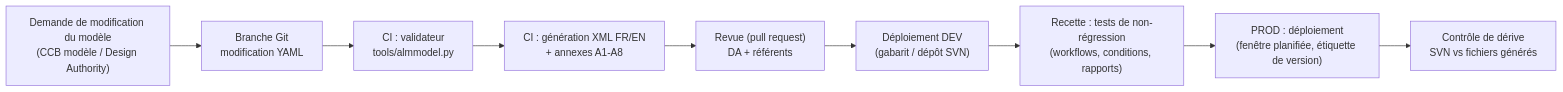
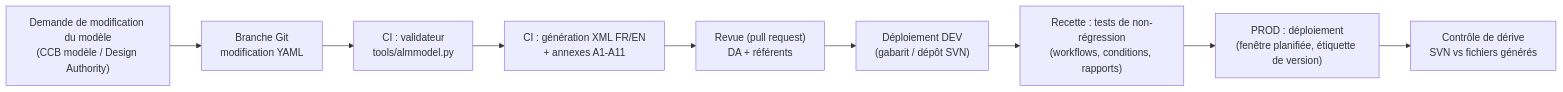
Before and after one commit to PapSee1/ALM_Datamodel: the second of 2 diagrams in docs/partie3/15_Infrastructure_securite_validation.md, drawn with Mermaid. The commit also changed 22 other files, not shown here.

````diff
--- a/docs/partie3/15_Infrastructure_securite_validation.md
+++ b/docs/partie3/15_Infrastructure_securite_validation.md
@@ -53,11 +53,11 @@
 ```mermaid
 flowchart LR
   A["Demande de modification du modèle<br/>(CCB modèle / Design Authority)"] --> B["Branche Git<br/>modification YAML"]
   B --> C["CI : validateur<br/>tools/almmodel.py"]
-  C --> D["CI : génération XML FR/EN<br/>+ annexes A1-A8"]
+  C --> D["CI : génération XML FR/EN<br/>+ annexes A1-A11"]
   D --> E["Revue (pull request)<br/>DA + référents"]
   E --> F["Déploiement DEV<br/>(gabarit / dépôt SVN)"]
   F --> G["Recette : tests de non-régression<br/>(workflows, conditions, rapports)"]
   G --> H["PROD : déploiement<br/>(fenêtre planifiée, étiquette de version)"]
   H --> I["Contrôle de dérive<br/>SVN vs fichiers générés"]
 ```
````
